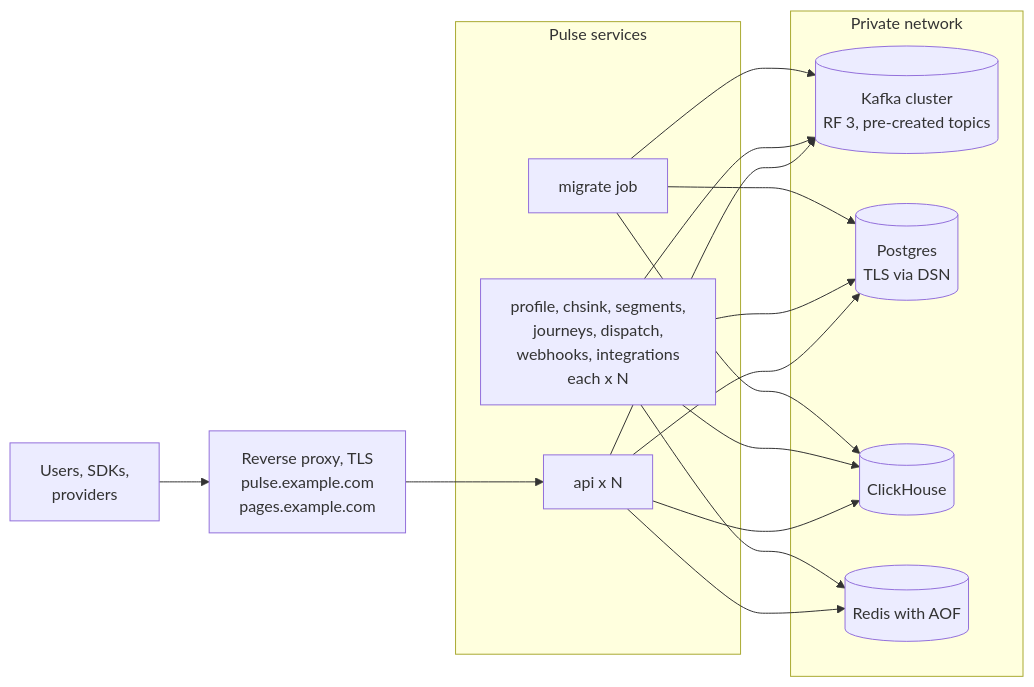
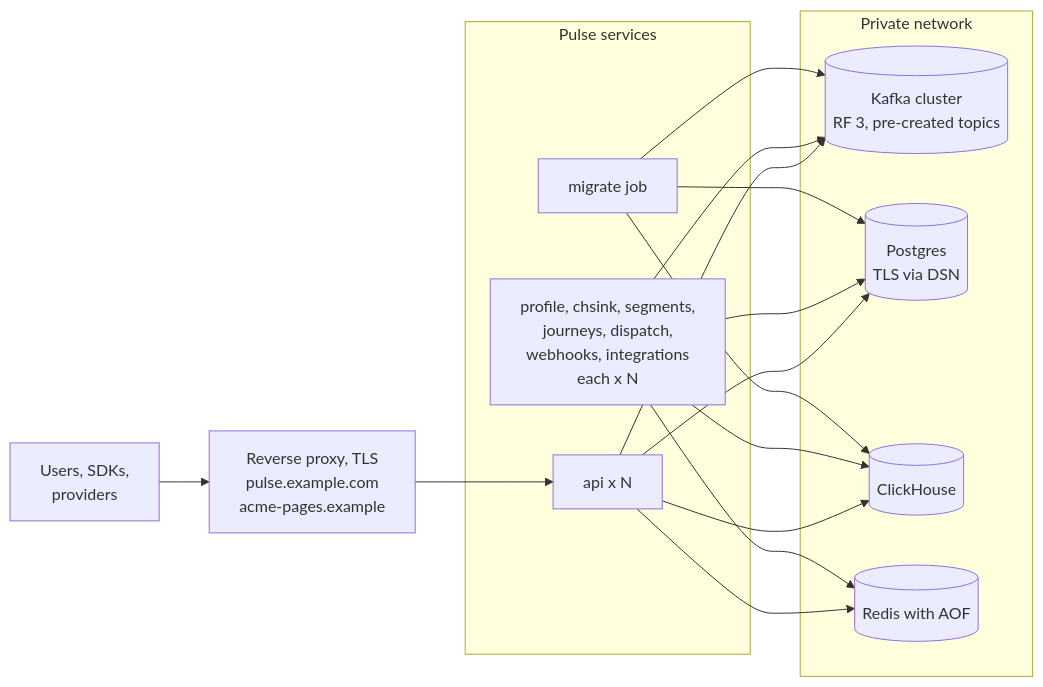
One commit to ranjeshgupta/pulse changed the sixth of 6 diagrams in docs/architecture.md. Above: the diagram before and after it, drawn with Mermaid. The commit also changed other lines of this file and 17 other files, not shown here.

````diff
--- a/docs/architecture.md
+++ b/docs/architecture.md
@@ -1015,19 +1017,19 @@
 ```mermaid
 flowchart LR
-    U[Users, SDKs,<br/>providers] --> PX[Reverse proxy, TLS<br/>pulse.example.com<br/>pages.example.com]
+    U[Users, SDKs,<br/>providers] --> PX[Reverse proxy, TLS<br/>pulse.example.com<br/>acme-pages.example]
     PX --> API[api x N]
     subgraph svc [Pulse services]
         API
         W[profile, chsink, segments,<br/>journeys, dispatch,<br/>webhooks, integrations<br/>each x N]
         MG[migrate job]
     end
     subgraph net [Private network]
         K[(Kafka cluster<br/>RF 3, pre-created topics)]
         PG[(Postgres<br/>TLS via DSN)]
         CH[(ClickHouse)]
         R[(Redis with AOF)]
     end
     API --> K & PG & CH & R
     W --> K & PG & CH & R
     MG --> PG & CH & K
 ```
````
